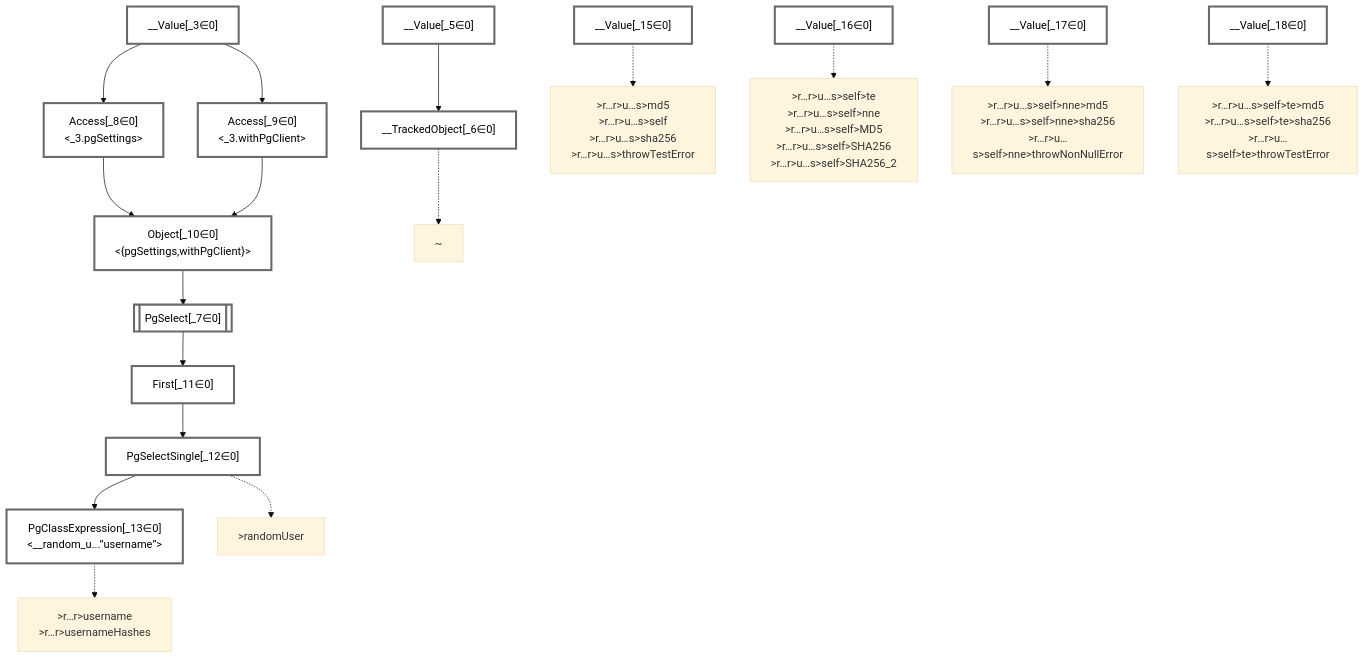
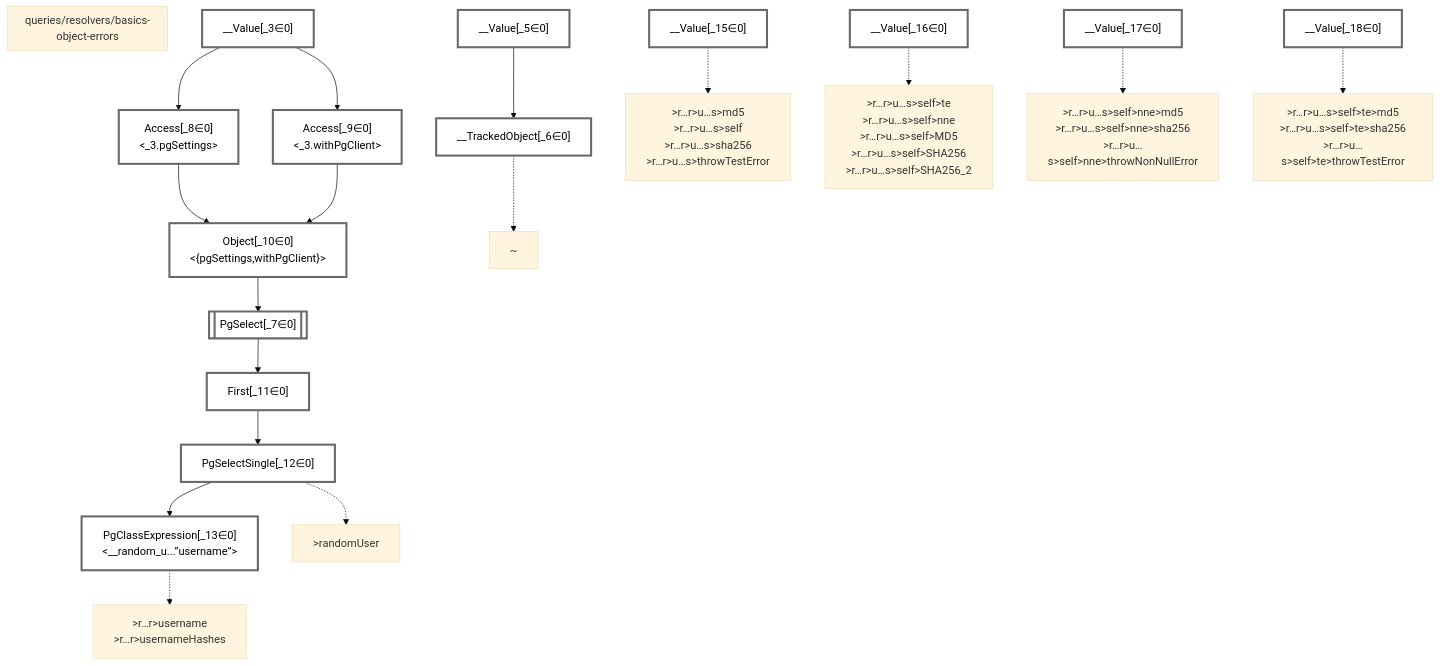
The diagram in packages/dataplan-pg/__tests__/queries/resolvers/basics-object-errors.deopt.mermaid.md (graphile/crystal), drawn with Mermaid (base theme) before and after one commit. The commit also changed 195 other files, not shown here.

````diff
--- a/packages/dataplan-pg/__tests__/queries/resolvers/basics-object-errors.deopt.mermaid.md
+++ b/packages/dataplan-pg/__tests__/queries/resolvers/basics-object-errors.deopt.mermaid.md
@@ -1,56 +1,58 @@
 ```mermaid
 graph TD
+    subgraph "queries/resolvers/basics-object-errors"
+    end
     classDef path fill:#eee,stroke:#000,color:#000
     classDef plan fill:#fff,stroke-width:3px,color:#000
     classDef itemplan fill:#fff,stroke-width:6px,color:#000
     classDef sideeffectplan fill:#f00,stroke-width:6px,color:#000
     classDef bucket fill:#f6f6f6,color:#000,stroke-width:6px,text-align:left
 
 
     %% define plans
     __Value_3["__Value[_3∈0]<br /><context>"]:::plan
     __Value_5["__Value[_5∈0]<br /><rootValue>"]:::plan
     __TrackedObject_6["__TrackedObject[_6∈0]"]:::plan
     PgSelect_7[["PgSelect[_7∈0]<br /><random_user>"]]:::plan
     Access_8["Access[_8∈0]<br /><_3.pgSettings>"]:::plan
     Access_9["Access[_9∈0]<br /><_3.withPgClient>"]:::plan
     Object_10["Object[_10∈0]<br /><{pgSettings,withPgClient}>"]:::plan
     First_11["First[_11∈0]"]:::plan
     PgSelectSingle_12["PgSelectSingle[_12∈0]<br /><users>"]:::plan
     PgClassExpression_13["PgClassExpression[_13∈0]<br /><__random_u...”username”>"]:::plan
     __Value_15["__Value[_15∈0]"]:::plan
     __Value_16["__Value[_16∈0]"]:::plan
     __Value_17["__Value[_17∈0]"]:::plan
     __Value_18["__Value[_18∈0]"]:::plan
 
     %% plan dependencies
     __Value_5 --> __TrackedObject_6
     Object_10 --> PgSelect_7
     __Value_3 --> Access_8
     __Value_3 --> Access_9
     Access_8 --> Object_10
     Access_9 --> Object_10
     PgSelect_7 --> First_11
     First_11 --> PgSelectSingle_12
     PgSelectSingle_12 --> PgClassExpression_13
 
     %% plan-to-path relationships
     P_6["~"]
     __TrackedObject_6 -.-> P_6
     P_12[">randomUser"]
     PgSelectSingle_12 -.-> P_12
     P_13[">r…r>username<br />>r…r>usernameHashes"]
     PgClassExpression_13 -.-> P_13
     P_15[">r…r>u…s>md5<br />>r…r>u…s>self<br />>r…r>u…s>sha256<br />>r…r>u…s>throwTestError"]
     __Value_15 -.-> P_15
     P_16[">r…r>u…s>self>te<br />>r…r>u…s>self>nne<br />>r…r>u…s>self>MD5<br />>r…r>u…s>self>SHA256<br />>r…r>u…s>self>SHA256_2"]
     __Value_16 -.-> P_16
     P_17[">r…r>u…s>self>nne>md5<br />>r…r>u…s>self>nne>sha256<br />>r…r>u…s>self>nne>throwNonNullError"]
     __Value_17 -.-> P_17
     P_18[">r…r>u…s>self>te>md5<br />>r…r>u…s>self>te>sha256<br />>r…r>u…s>self>te>throwTestError"]
     __Value_18 -.-> P_18
 
     %% allocate buckets
     classDef bucket0 stroke:#696969
     class __Value_3,__Value_5,__TrackedObject_6,PgSelect_7,Access_8,Access_9,Object_10,First_11,PgSelectSingle_12,PgClassExpression_13,__Value_15,__Value_16,__Value_17,__Value_18 bucket0
 ```
````
